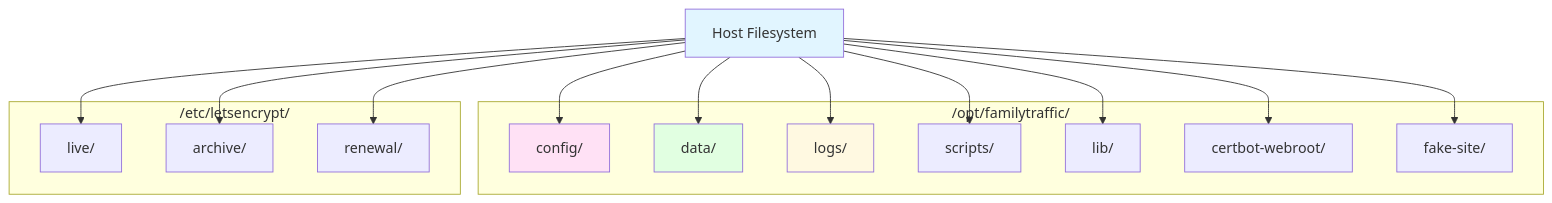
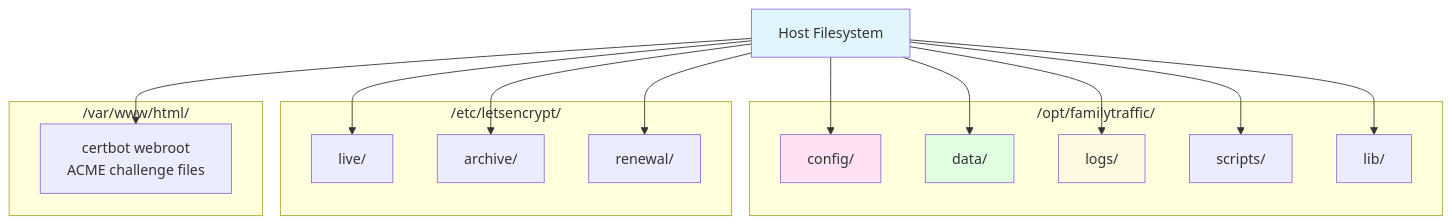
One commit to ikeniborn/vless changed the sixth of 6 diagrams in docs/architecture/diagrams/deployment/docker-topology.md. Above: the diagram before and after it, drawn with Mermaid. The commit also changed other lines of this file and 24 other files, not shown here.

````diff
--- a/docs/architecture/diagrams/deployment/docker-topology.md
+++ b/docs/architecture/diagrams/deployment/docker-topology.md
@@ -400,36 +296,37 @@
 ```mermaid
 graph TB
     HostFS[Host Filesystem]
 
     subgraph "/opt/familytraffic/"
         Config[config/]
         Data[data/]
         Logs[logs/]
         Scripts[scripts/]
         Lib[lib/]
-        CertbotWebroot[certbot-webroot/]
-        FakeSiteHTML[fake-site/]
     end
 
     subgraph "/etc/letsencrypt/"
         Live[live/]
         Archive[archive/]
         Renewal[renewal/]
     end
 
+    subgraph "/var/www/html/"
+        Webroot[certbot webroot<br/>ACME challenge files]
+    end
+
     HostFS --> Config
     HostFS --> Data
     HostFS --> Logs
     HostFS --> Scripts
     HostFS --> Lib
-    HostFS --> CertbotWebroot
-    HostFS --> FakeSiteHTML
     HostFS --> Live
     HostFS --> Archive
     HostFS --> Renewal
+    HostFS --> Webroot
 
     style HostFS fill:#e1f5ff
     style Config fill:#ffe1f5
     style Data fill:#e1ffe1
     style Logs fill:#fff9e1
 ```
````
